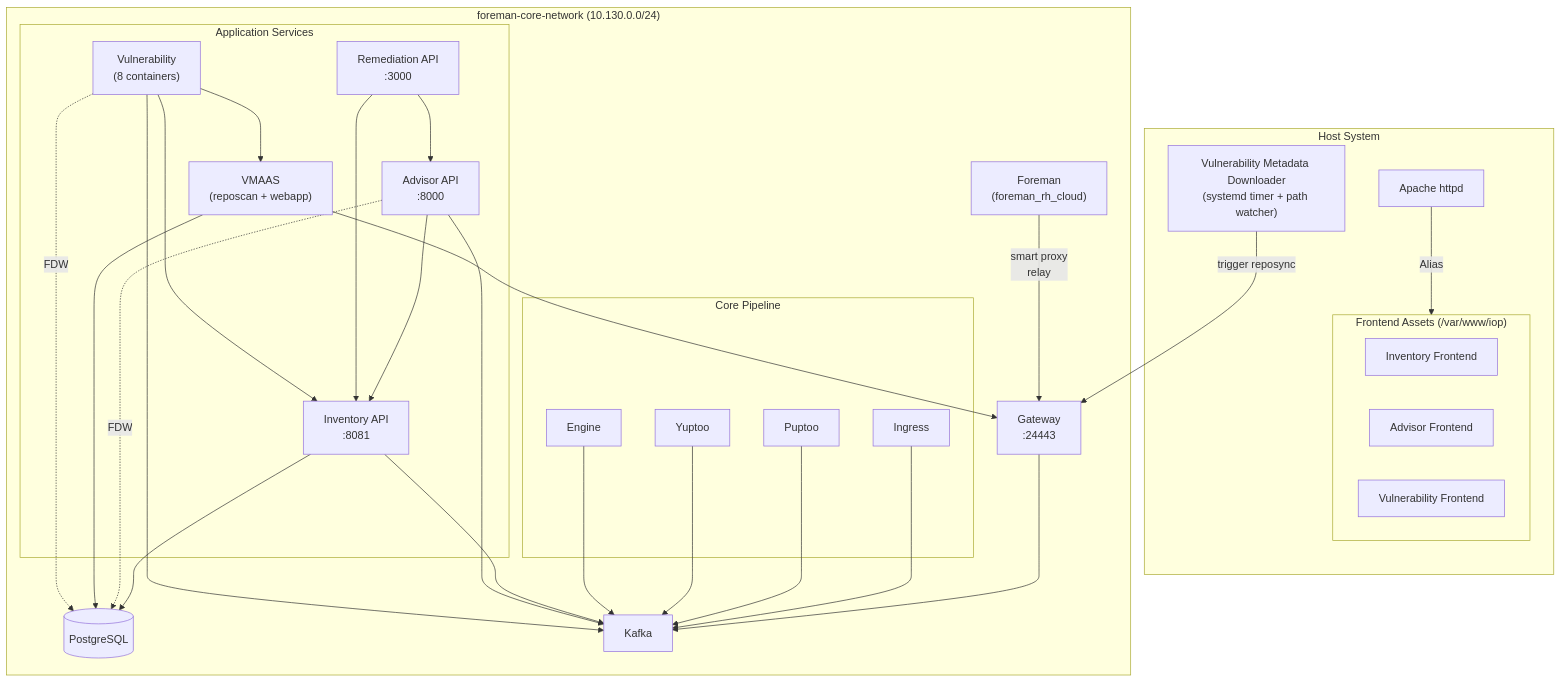
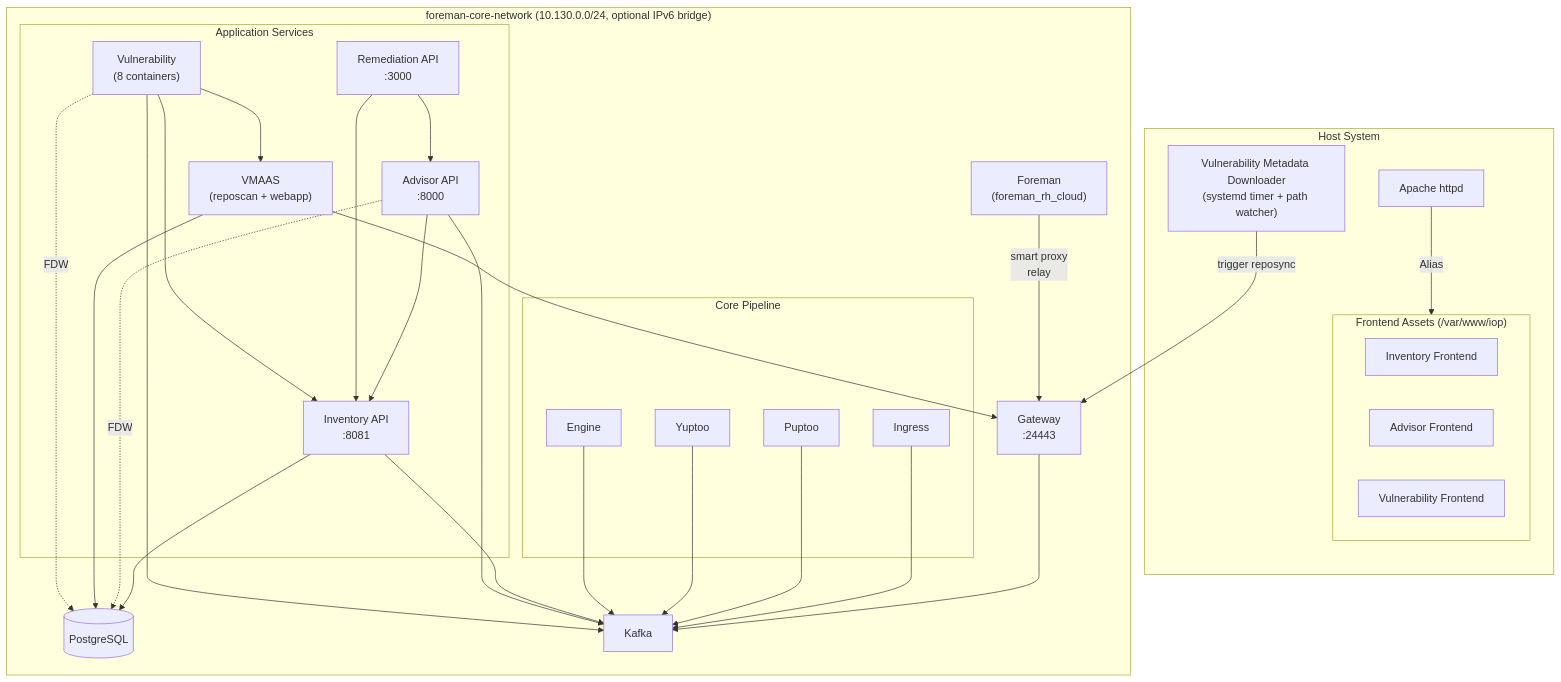
Before and after one commit to theforeman/foremanctl: the first of 2 diagrams in docs/architecture/iop.md, drawn with Mermaid. The commit also changed other lines of this file and 19 other files, not shown here.

Commit message:
feat: Enable IPv6 on foreman-core-network and skip reconfiguring existing networks

````diff
--- a/docs/architecture/iop.md
+++ b/docs/architecture/iop.md
@@ -17,60 +17,60 @@
 ```mermaid
 graph TB
     subgraph Host["Host System"]
         Apache["Apache httpd"]
         subgraph Frontends["Frontend Assets (/var/www/iop)"]
             InventoryFE[Inventory Frontend]
             AdvisorFE[Advisor Frontend]
             VulnFE[Vulnerability Frontend]
         end
 
         VulnMeta["Vulnerability Metadata Downloader<br/>(systemd timer + path watcher)"]
     end
 
-    subgraph Network["foreman-core-network (10.130.0.0/24)"]
+    subgraph Network["foreman-core-network (10.130.0.0/24, optional IPv6 bridge)"]
         Foreman["Foreman<br/>(foreman_rh_cloud)"]
         PG[(PostgreSQL)]
         Kafka[Kafka]
 
         subgraph Core["Core Pipeline"]
             Ingress[Ingress]
             Puptoo[Puptoo]
             Yuptoo[Yuptoo]
             Engine[Engine]
         end
 
         Gateway["Gateway<br/>:24443"]
 
         subgraph Services["Application Services"]
             Inventory["Inventory API<br/>:8081"]
             Advisor["Advisor API<br/>:8000"]
             Remediation["Remediation API<br/>:3000"]
             VMAAS["VMAAS<br/>(reposcan + webapp)"]
             Vuln["Vulnerability<br/>(8 containers)"]
         end
     end
 
     Foreman -- "smart proxy<br/>relay" --> Gateway
     Gateway --> Kafka
     Apache -- "Alias" --> Frontends
 
     Ingress --> Kafka
     Puptoo --> Kafka
     Yuptoo --> Kafka
     Engine --> Kafka
 
     Inventory --> Kafka
     Inventory --> PG
     Advisor --> Kafka
     Advisor --> Inventory
     Advisor -. "FDW" .-> PG
     Remediation --> Advisor
     Remediation --> Inventory
     VMAAS --> PG
     VMAAS --> Gateway
     Vuln --> Kafka
     Vuln --> Inventory
     Vuln --> VMAAS
     Vuln -. "FDW" .-> PG
     VulnMeta -- "trigger reposync" --> Gateway
 ```
````
